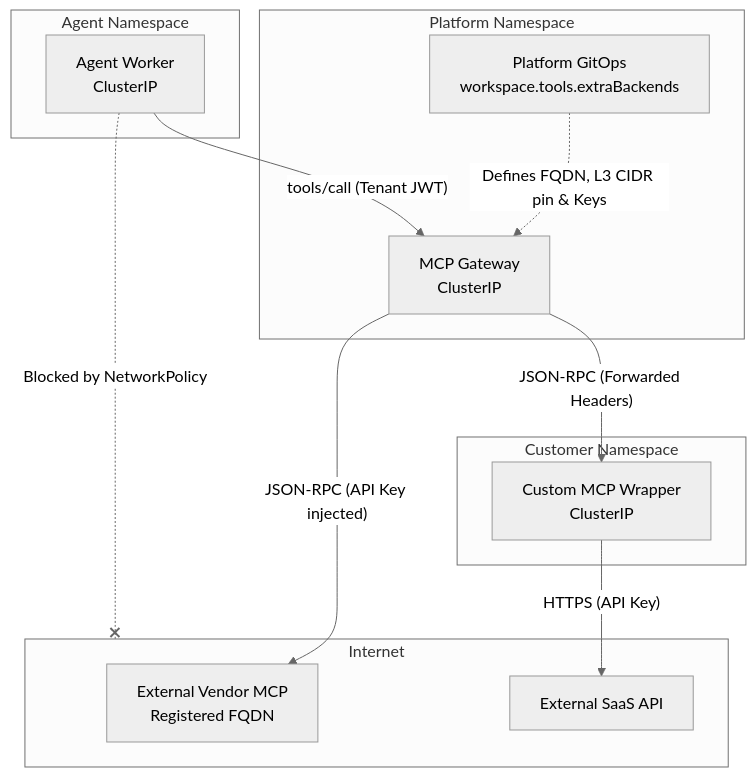
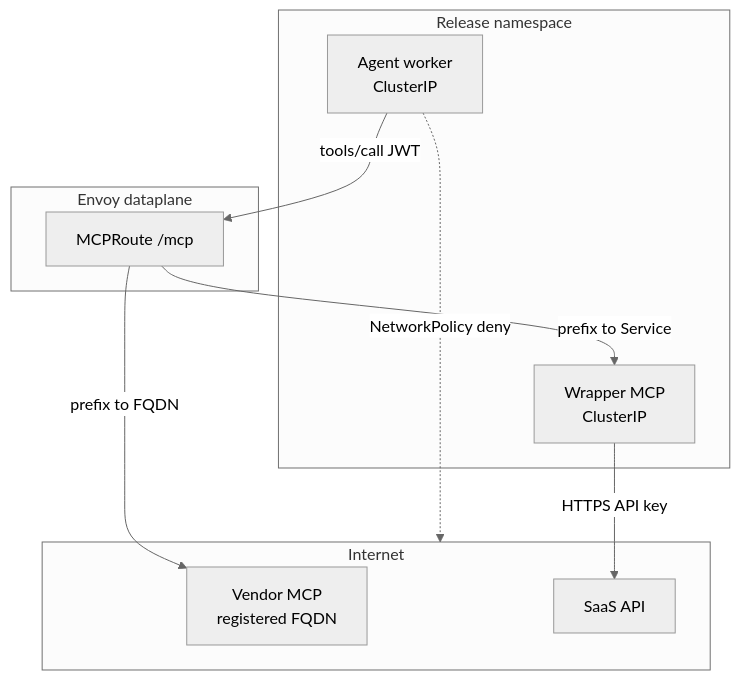
Before and after one commit to devopssquaddev/zelkor-platform: the first of 2 diagrams in docs/architecture-external-mcp.md, drawn with Mermaid. The commit also changed other lines of this file and 4 other files, not shown here.

First line of the commit message:
fix(helm): stop requiring extra MCP FQDN CIDRs on CE

````diff
--- a/docs/architecture-external-mcp.md
+++ b/docs/architecture-external-mcp.md
@@ -33,37 +28,23 @@
 ```mermaid
 ---
 config:
   theme: neutral
 ---
 flowchart TB
-  subgraph Agent Namespace
-    Agent[Agent Worker\nClusterIP]
+  subgraph cluster [Release namespace]
+    Agent[Agent worker\nClusterIP]
+    ExtraMCP[Wrapper MCP\nClusterIP]
   end
-
-  subgraph Platform Namespace
-    MCPGateway[MCP Gateway\nClusterIP]
-    GitOps[Platform GitOps\nworkspace.tools.extraBackends]
+  subgraph dataplane [Envoy dataplane]
+    Route[MCPRoute /mcp]
   end
-
-  subgraph Customer Namespace
-    ExtraMCP[Custom MCP Wrapper\nClusterIP]
+  subgraph internet [Internet]
+    VendorMCP[Vendor MCP\nregistered FQDN]
+    SaaSAPI[SaaS API]
   end
-  
-  subgraph Internet
-    VendorMCP[External Vendor MCP\nRegistered FQDN]
-    SaaSAPI[External SaaS API]
-  end
-
-  GitOps -. "Defines FQDN, L3 CIDR pin & Keys" .-> MCPGateway
-
-  Agent -- "tools/call (Tenant JWT)" --> MCPGateway
-  
-  %% Path 1: Direct FQDN
-  MCPGateway -- "JSON-RPC (API Key injected)" --> VendorMCP
-  
-  %% Path 2: Custom Wrapper
-  MCPGateway -- "JSON-RPC (Forwarded Headers)" --> ExtraMCP
-  ExtraMCP -- "HTTPS (API Key)" --> SaaSAPI
-  
-  Agent -. "Blocked by NetworkPolicy" .-x Internet
+  Agent -->|"tools/call JWT"| Route
+  Route -->|"prefix to FQDN"| VendorMCP
+  Route -->|"prefix to Service"| ExtraMCP
+  ExtraMCP -->|"HTTPS API key"| SaaSAPI
+  Agent -.->|"NetworkPolicy deny"| internet
 ```
````
